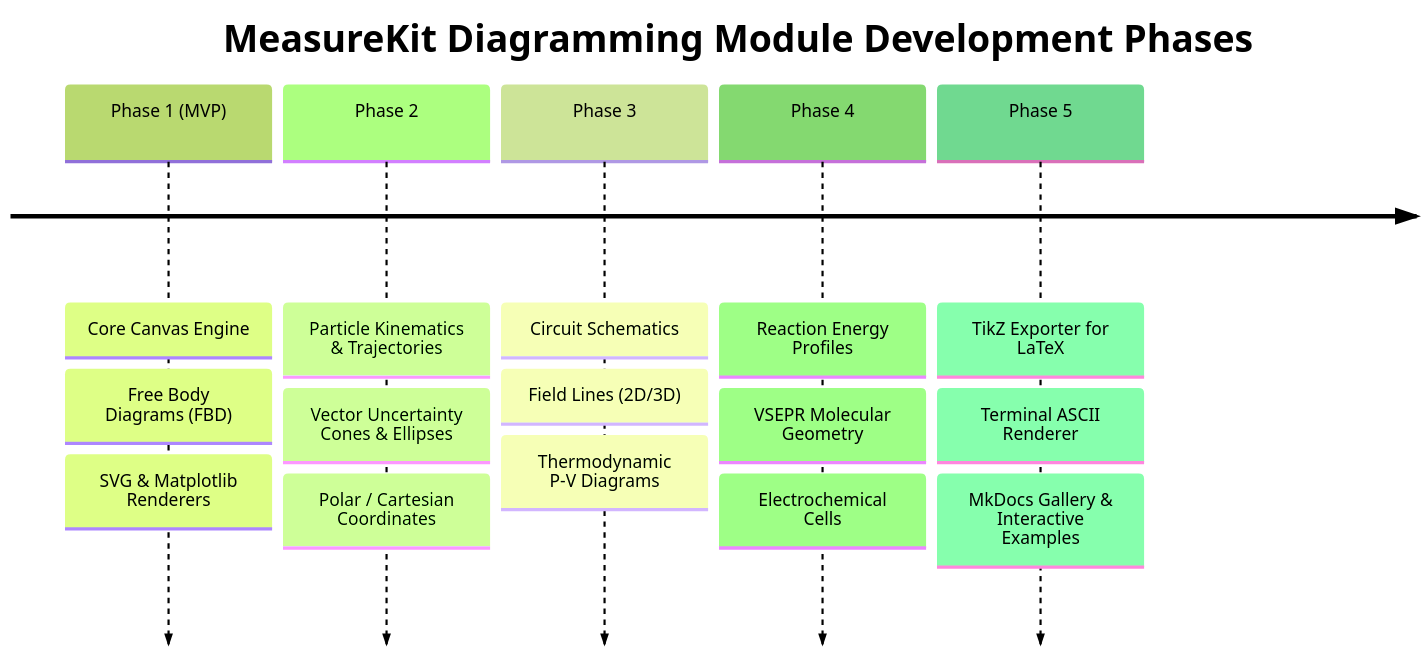
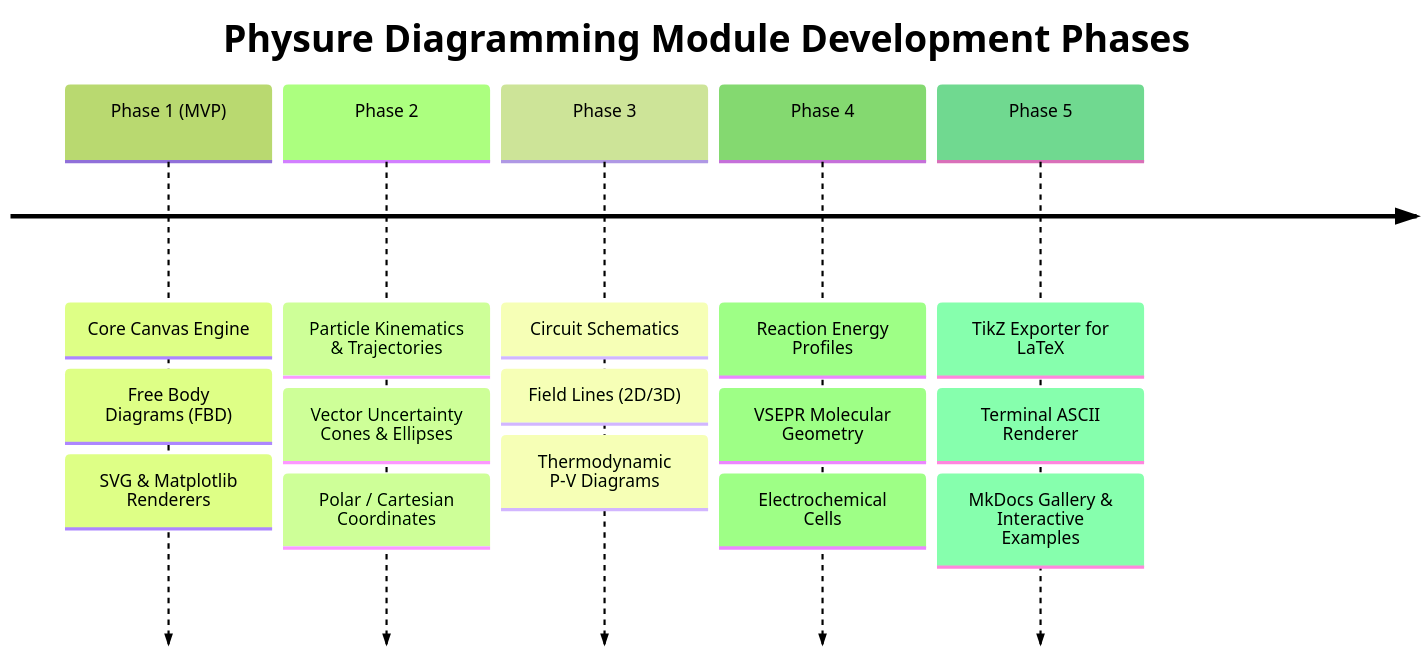
Before and after one commit to Alexisrx96/physure: the second of 2 diagrams in physure-python/docs/diagrams_roadmap.md, drawn with Mermaid (forest theme). The commit also changed other lines of this file and 150 other files, not shown here.

````diff
--- a/physure-python/docs/diagrams_roadmap.md
+++ b/physure-python/docs/diagrams_roadmap.md
@@ -106,9 +106,9 @@
 ```mermaid
 timeline
-    title MeasureKit Diagramming Module Development Phases
+    title Physure Diagramming Module Development Phases
     Phase 1 (MVP) : Core Canvas Engine : Free Body Diagrams (FBD) : SVG & Matplotlib Renderers
     Phase 2 : Particle Kinematics & Trajectories : Vector Uncertainty Cones & Ellipses : Polar / Cartesian Coordinates
     Phase 3 : Circuit Schematics : Field Lines (2D/3D) : Thermodynamic P-V Diagrams
     Phase 4 : Reaction Energy Profiles : VSEPR Molecular Geometry : Electrochemical Cells
     Phase 5 : TikZ Exporter for LaTeX : Terminal ASCII Renderer : MkDocs Gallery & Interactive Examples
 ```
````
